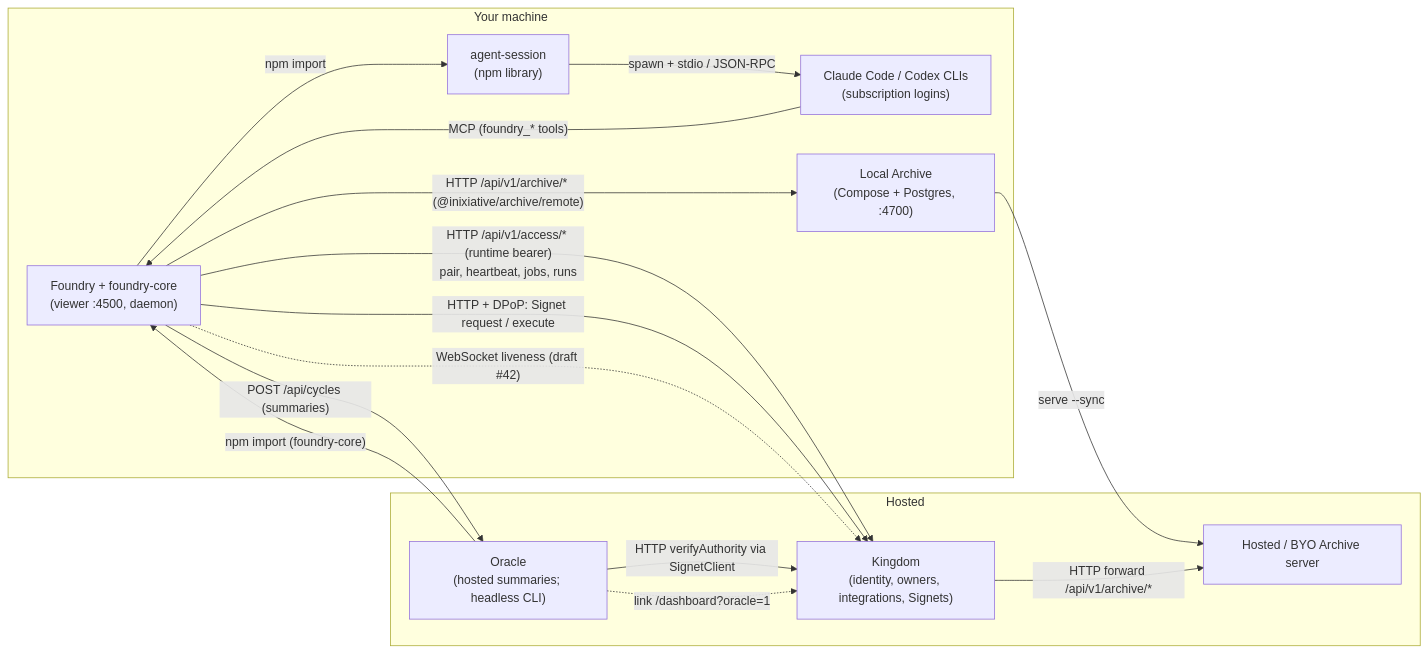
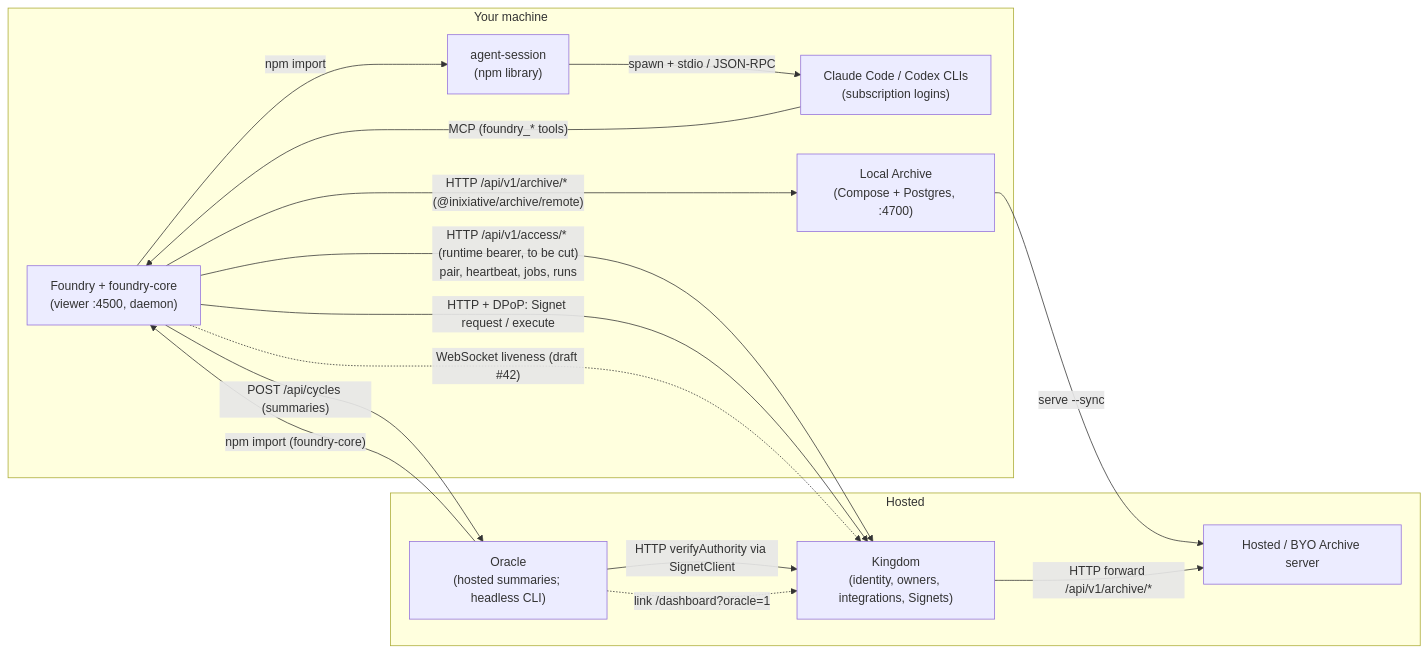
The diagram in docs/SYSTEM-MAP.md (inixiative/foundry), drawn with Mermaid before and after one commit. The commit also changed other lines of this file, not shown here.

Commit message:
SYSTEM-MAP: Credential, Token, Signet access model; integration use goes through Signets

````diff
--- a/docs/SYSTEM-MAP.md
+++ b/docs/SYSTEM-MAP.md
@@ -9,27 +9,27 @@
 ```mermaid
 flowchart LR
   subgraph local["Your machine"]
     F["Foundry + foundry-core<br/>(viewer :4500, daemon)"]
     AS["agent-session<br/>(npm library)"]
     CLI["Claude Code / Codex CLIs<br/>(subscription logins)"]
     LA["Local Archive<br/>(Compose + Postgres, :4700)"]
   end
   subgraph hosted["Hosted"]
     K["Kingdom<br/>(identity, owners, integrations, Signets)"]
     HA["Hosted / BYO Archive server"]
     O["Oracle<br/>(hosted summaries; headless CLI)"]
   end
   F -- "npm import" --> AS
   AS -- "spawn + stdio / JSON-RPC" --> CLI
   CLI -- "MCP (foundry_* tools)" --> F
   F -- "HTTP /api/v1/archive/* (@inixiative/archive/remote)" --> LA
-  F -- "HTTP /api/v1/access/* (runtime bearer)<br/>pair, heartbeat, jobs, runs" --> K
+  F -- "HTTP /api/v1/access/* (runtime bearer, to be cut)<br/>pair, heartbeat, jobs, runs" --> K
   F -- "HTTP + DPoP: Signet request / execute" --> K
   F -. "WebSocket liveness (draft #42)" .-> K
   LA -- "serve --sync" --> HA
   K -- "HTTP forward /api/v1/archive/*" --> HA
   O -- "npm import (foundry-core)" --> F
   O -- "HTTP verifyAuthority via SignetClient" --> K
   F -- "POST /api/cycles (summaries)" --> O
   O -. "link /dashboard?oracle=1" .-> K
 ```
````
